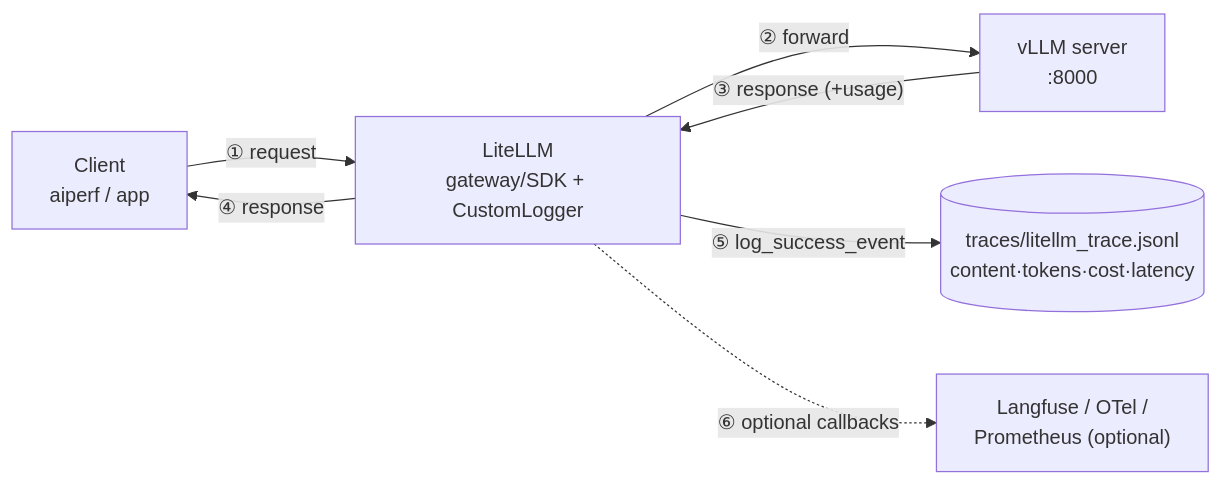
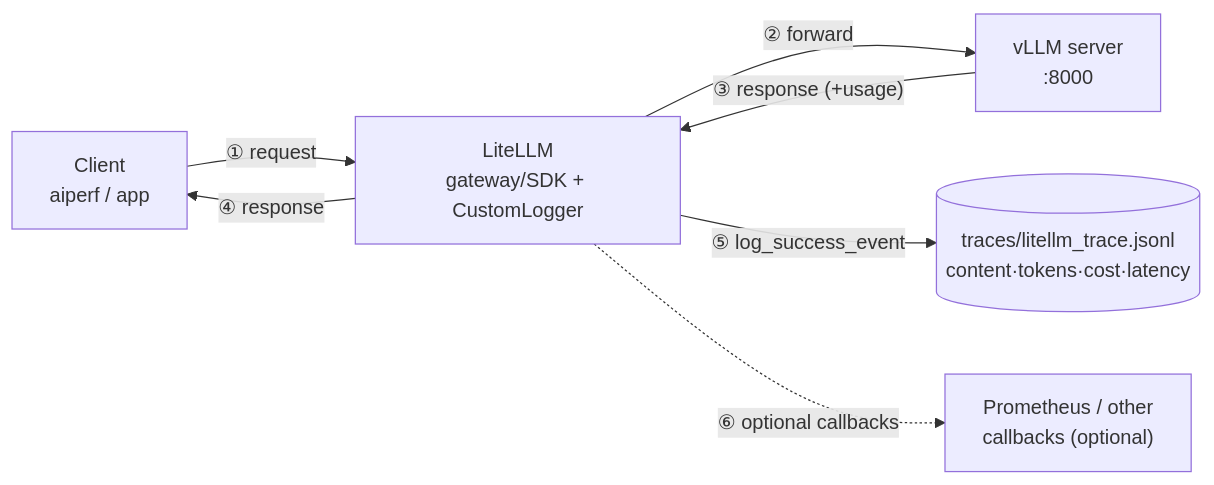
The diagram in docs/OBSERVABILITY.md (anud18/qwen36-vllm-aiperf-benchmark), drawn with Mermaid before and after one commit. The commit also changed other lines of this file and 27 other files, not shown here.

````diff
--- a/docs/OBSERVABILITY.md
+++ b/docs/OBSERVABILITY.md
@@ -174,14 +16,14 @@
 ```mermaid
 flowchart LR
     C["Client<br/>aiperf / app"]
     L["LiteLLM<br/>gateway/SDK + CustomLogger"]
     V["vLLM server<br/>:8000"]
     J[("traces/litellm_trace.jsonl<br/>content·tokens·cost·latency")]
-    B["Langfuse / OTel /<br/>Prometheus (optional)"]
+    P["Prometheus / other<br/>callbacks (optional)"]
     C -- "① request" --> L
     L -- "② forward" --> V
     V -- "③ response (+usage)" --> L
     L -- "④ response" --> C
     L -- "⑤ log_success_event" --> J
-    L -. "⑥ optional callbacks" .-> B
+    L -. "⑥ optional callbacks" .-> P
 ```
````
